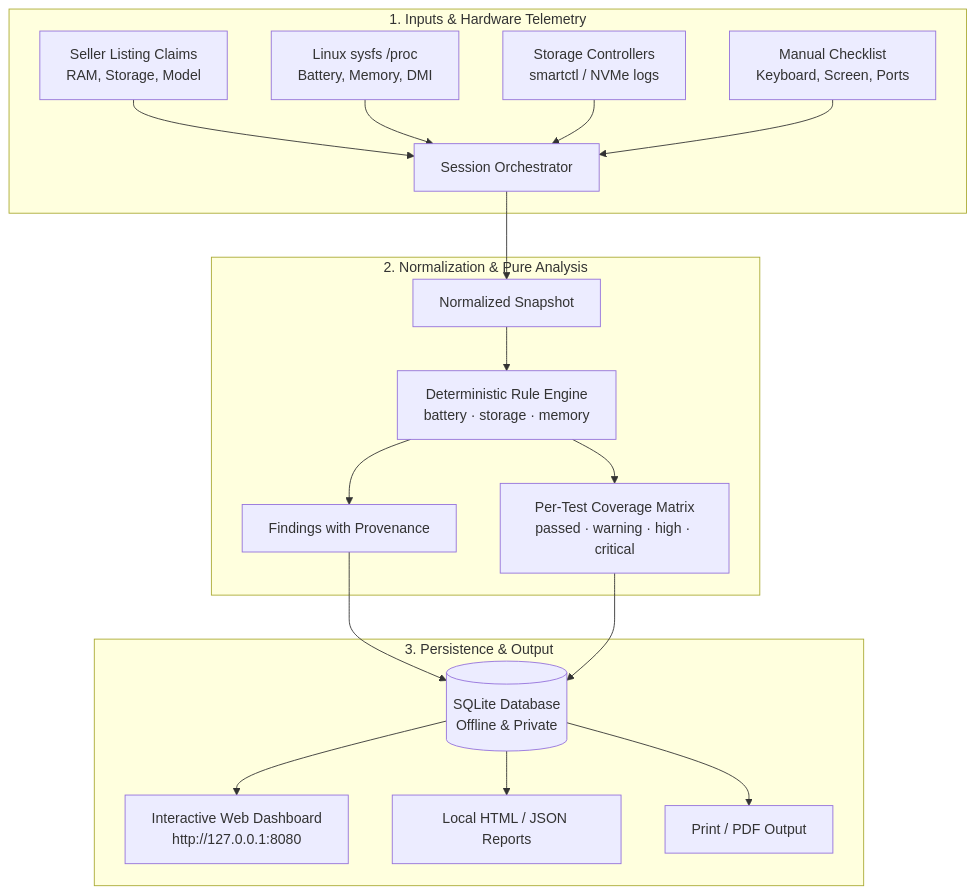
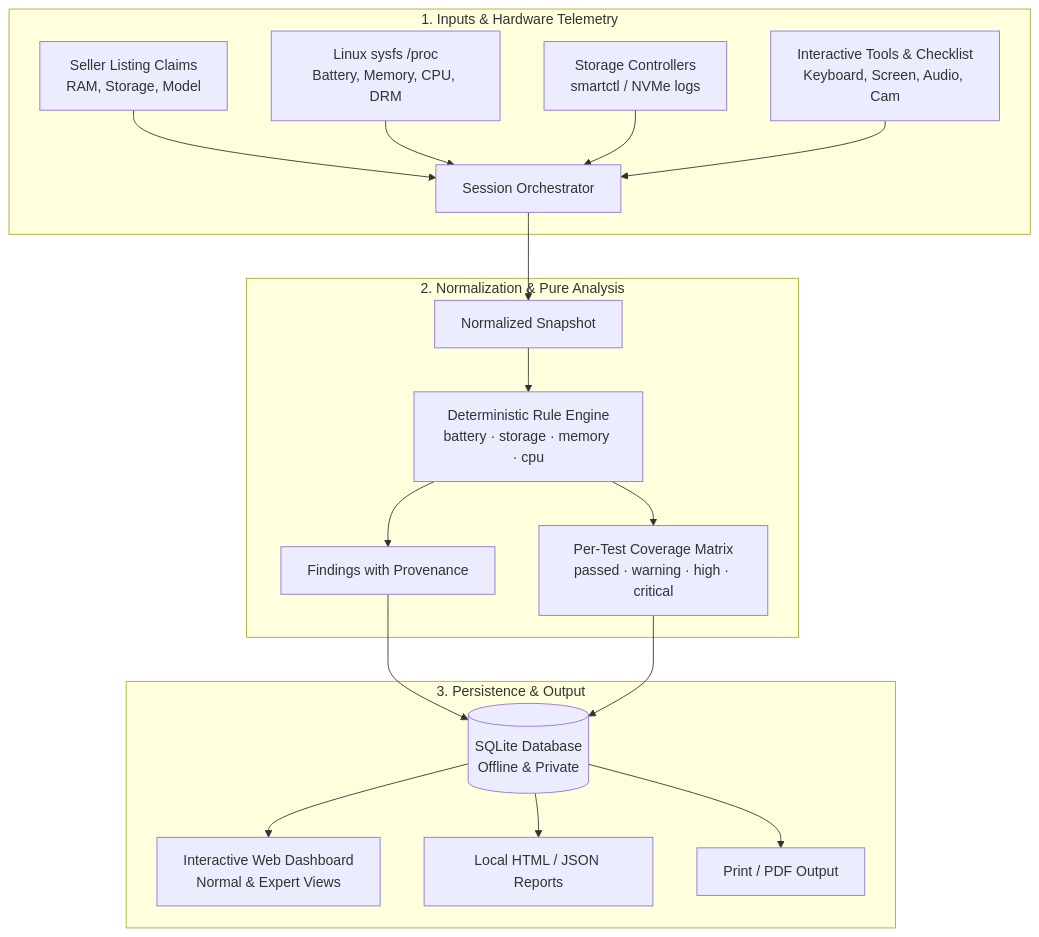
Before and after one commit to PixelApprentice/laptop-buyer-kit: the diagram in README.md, drawn with Mermaid. The commit also changed other lines of this file and 11 other files, not shown here.

````diff
--- a/README.md
+++ b/README.md
@@ -84,24 +89,24 @@
 ```mermaid
 flowchart TD
     subgraph Input ["1. Inputs & Hardware Telemetry"]
         A[Seller Listing Claims<br/>RAM, Storage, Model] --> E[Session Orchestrator]
-        B[Linux sysfs /proc<br/>Battery, Memory, DMI] --> E
+        B[Linux sysfs /proc<br/>Battery, Memory, CPU, DRM] --> E
         C[Storage Controllers<br/>smartctl / NVMe logs] --> E
-        D[Manual Checklist<br/>Keyboard, Screen, Ports] --> E
+        D[Interactive Tools & Checklist<br/>Keyboard, Screen, Audio, Cam] --> E
     end
 
     subgraph Processing ["2. Normalization & Pure Analysis"]
         E --> F[Normalized Snapshot]
-        F --> G[Deterministic Rule Engine<br/>battery · storage · memory]
+        F --> G[Deterministic Rule Engine<br/>battery · storage · memory · cpu]
         G --> H[Findings with Provenance]
         G --> I[Per-Test Coverage Matrix<br/>passed · warning · high · critical]
     end
 
     subgraph Persistence ["3. Persistence & Output"]
         H --> J[(SQLite Database<br/>Offline & Private)]
         I --> J
-        J --> K[Interactive Web Dashboard<br/>http://127.0.0.1:8080]
+        J --> K[Interactive Web Dashboard<br/>Normal & Expert Views]
         J --> L[Local HTML / JSON Reports]
         J --> M[Print / PDF Output]
     end
 ```
````
